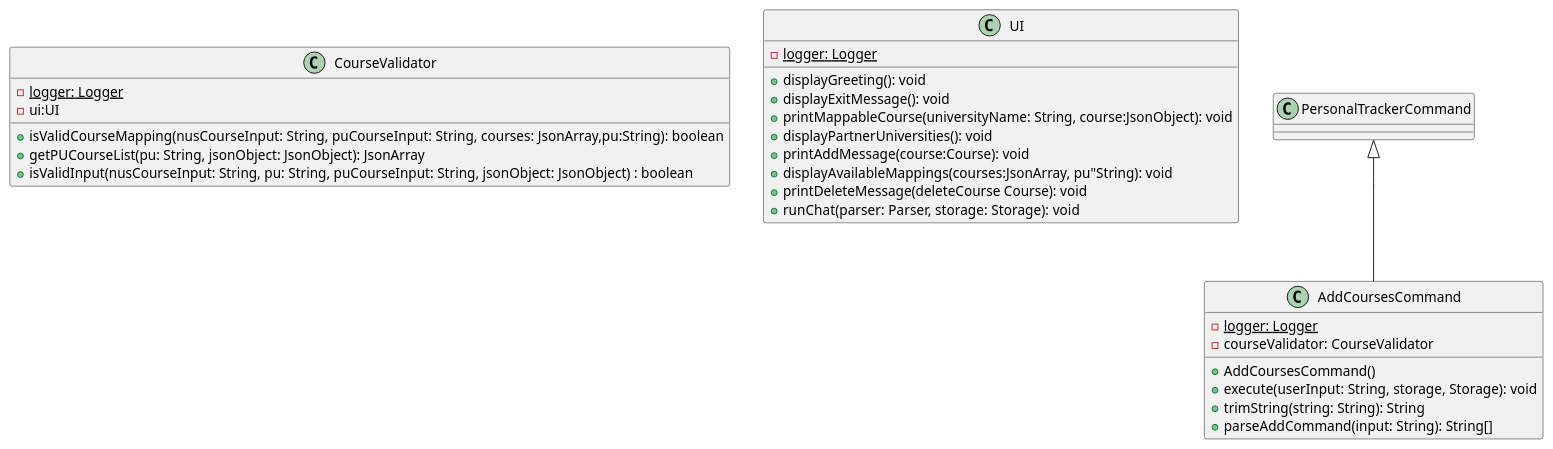
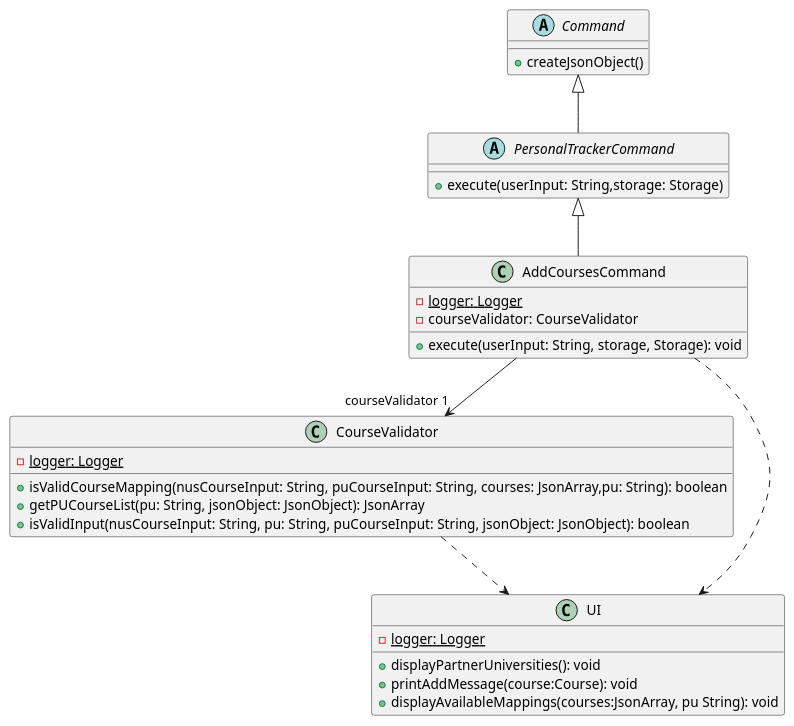
The diagram in docs/diagrams/CourseValidatorClass.puml (nus-cs2113-AY2425S1/tp), drawn with PlantUML before and after one commit. The commit also changed 3 other files, not shown here.

Commit message:
Update CourseValidator class diagram

```diff
--- a/docs/diagrams/CourseValidatorClass.puml
+++ b/docs/diagrams/CourseValidatorClass.puml
@@ -1,33 +1,36 @@
 @startuml
 'https://plantuml.com/class-diagram
 
 class CourseValidator {
     -logger: Logger {static}
-    -ui:UI
-    +isValidCourseMapping(nusCourseInput: String, puCourseInput: String, courses: JsonArray,pu:String): boolean
+    +isValidCourseMapping(nusCourseInput: String, puCourseInput: String, courses: JsonArray,pu: String): boolean
     +getPUCourseList(pu: String, jsonObject: JsonObject): JsonArray
-    +isValidInput(nusCourseInput: String, pu: String, puCourseInput: String, jsonObject: JsonObject) : boolean
+    +isValidInput(nusCourseInput: String, pu: String, puCourseInput: String, jsonObject: JsonObject): boolean
 }
 
 class UI{
     -logger: Logger {static}
-    +displayGreeting(): void
-    +displayExitMessage(): void
-    +printMappableCourse(universityName: String, course:JsonObject): void
     +displayPartnerUniversities(): void
     +printAddMessage(course:Course): void
-    +displayAvailableMappings(courses:JsonArray, pu"String): void
-    +printDeleteMessage(deleteCourse Course): void
-    +runChat(parser: Parser, storage: Storage): void
+    +displayAvailableMappings(courses:JsonArray, pu String): void
 }
 
 class AddCoursesCommand extends PersonalTrackerCommand {
     -logger: Logger {static}
     -courseValidator: CourseValidator
-    +AddCoursesCommand()
     +execute(userInput: String, storage, Storage): void
-    +trimString(string: String): String
-    +parseAddCommand(input: String): String[]
 }
 
+abstract class PersonalTrackerCommand extends Command{
+    +execute(userInput: String,storage: Storage)
+}
+
+abstract class Command{
+    +createJsonObject()
+}
+
+AddCoursesCommand ..> UI
+CourseValidator ..> UI
+AddCoursesCommand --> "courseValidator 1" CourseValidator
+
 @enduml
```
